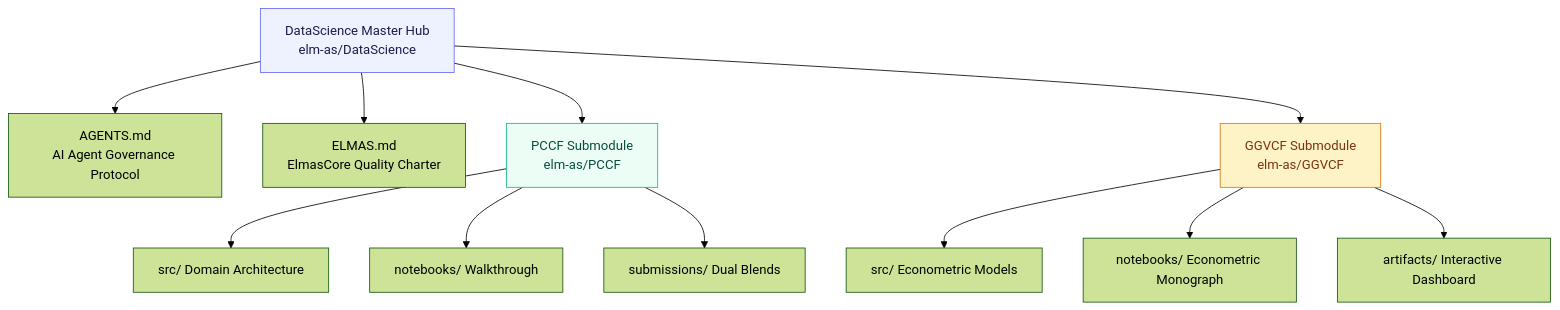
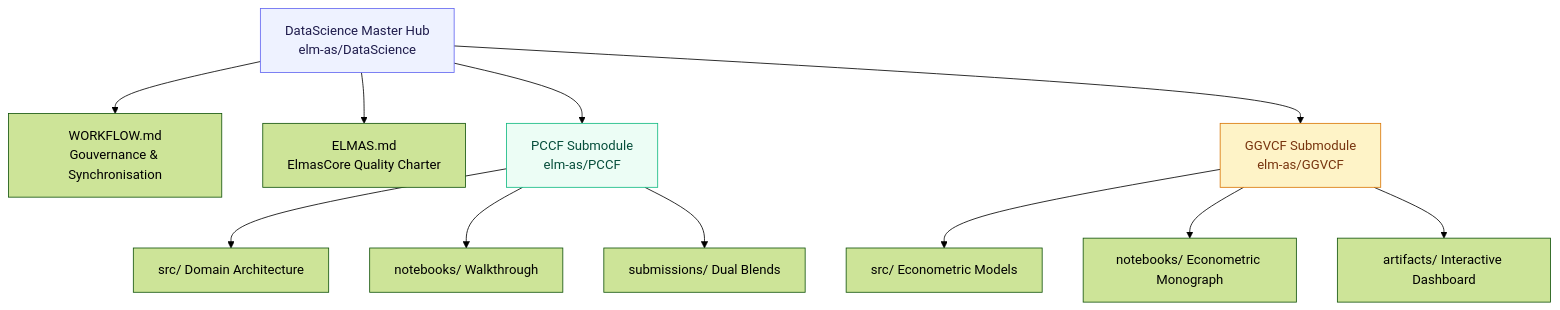
The diagram in README.md (elm-as/DataScience), drawn with Mermaid (forest theme) before and after one commit. The commit also changed other lines of this file and 9 other files, not shown here.

Commit message:
docs: fix image asset resolution, establish WORKFLOW.md protocol, update submodules and 5-fold CV metrics

````diff
--- a/README.md
+++ b/README.md
@@ -58,19 +58,19 @@
 ```mermaid
 flowchart TD
-    ROOT[DataScience Master Hub<br/>elm-as/DataScience] --> AGENTS[AGENTS.md<br/>AI Agent Governance Protocol]
+    ROOT[DataScience Master Hub<br/>elm-as/DataScience] --> WORKFLOW[WORKFLOW.md<br/>Gouvernance & Synchronisation]
     ROOT --> CHARTER[ELMAS.md<br/>ElmasCore Quality Charter]
     ROOT --> SUB1[PCCF Submodule<br/>elm-as/PCCF]
     ROOT --> SUB2[GGVCF Submodule<br/>elm-as/GGVCF]
 
     SUB1 --> P_SRC[src/ Domain Architecture]
     SUB1 --> P_NB[notebooks/ Walkthrough]
     SUB1 --> P_SUB[submissions/ Dual Blends]
 
     SUB2 --> G_SRC[src/ Econometric Models]
     SUB2 --> G_NB[notebooks/ Econometric Monograph]
     SUB2 --> G_DASH[artifacts/ Interactive Dashboard]
 
     style ROOT fill:#EEF2FF,stroke:#6366F1,color:#1e1b4b
     style SUB1 fill:#ECFDF5,stroke:#10B981,color:#064e3b
     style SUB2 fill:#FEF3C7,stroke:#D97706,color:#78350F
 ```
````
